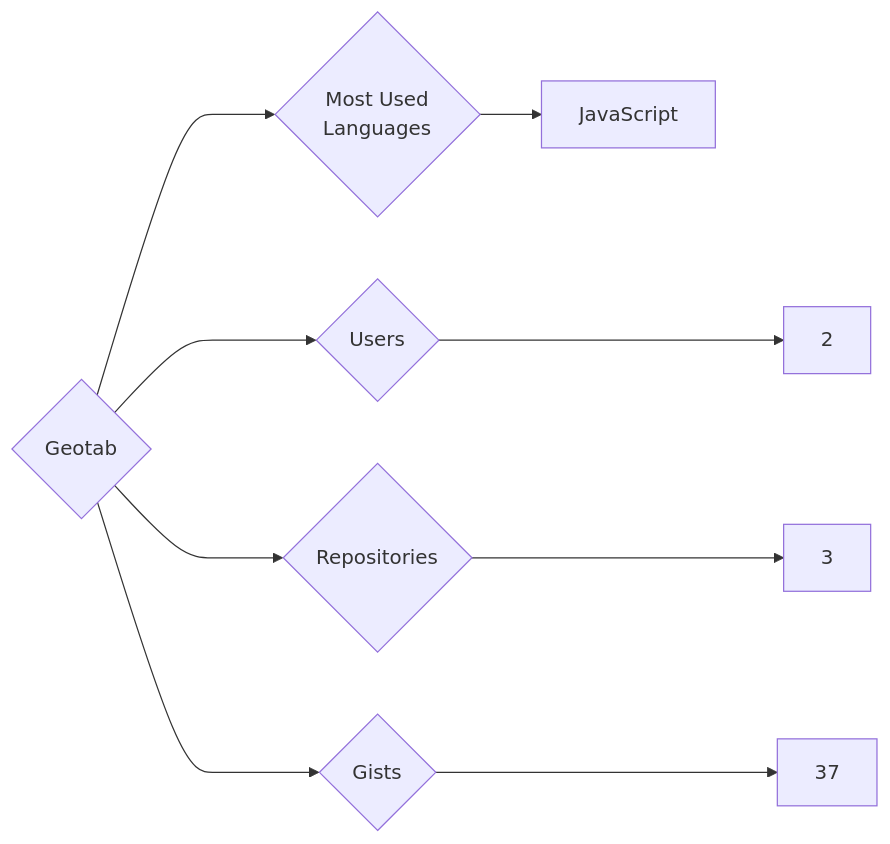
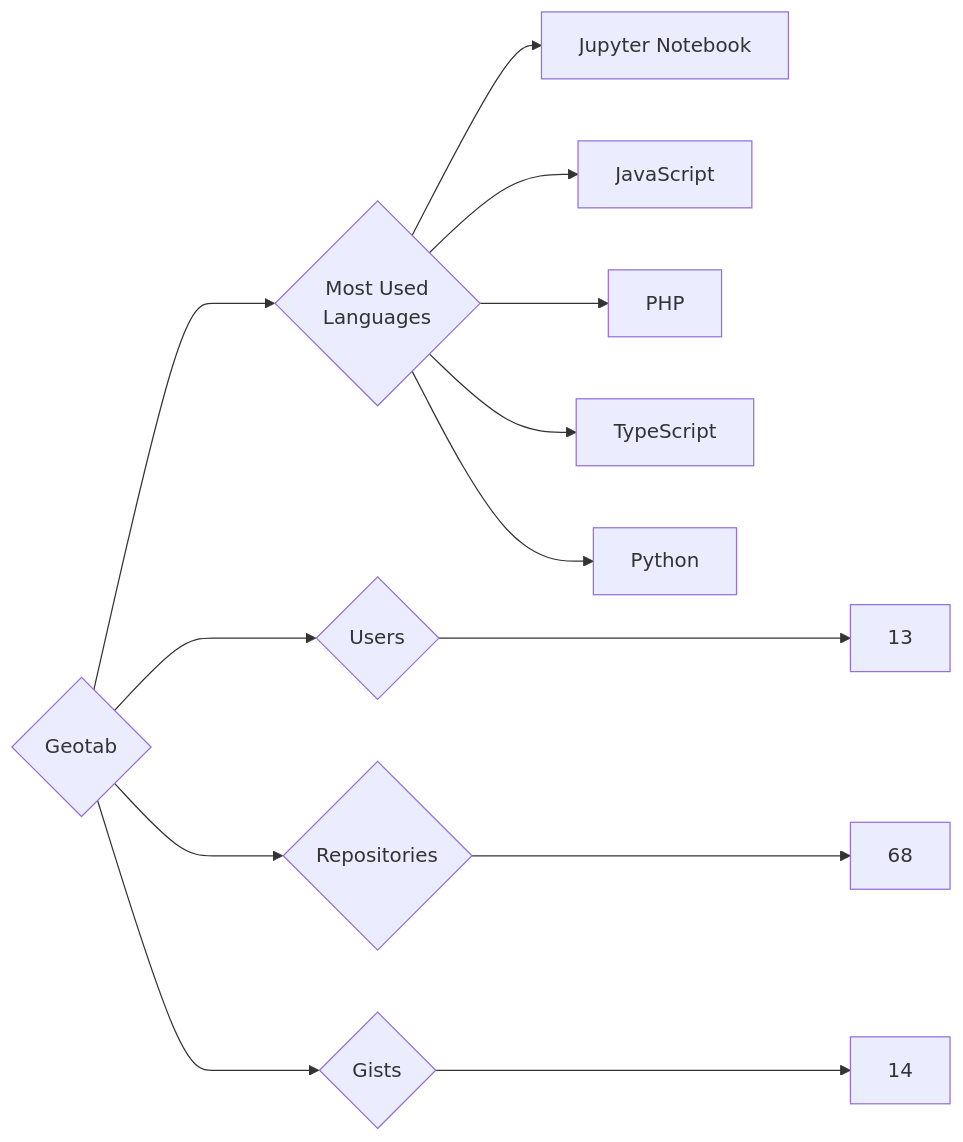
Before and after one commit to trickest/insiders: the diagram in targets/Geotab/README.md, drawn with Mermaid. The commit also changed 809 other files, not shown here.

````diff
--- a/targets/Geotab/README.md
+++ b/targets/Geotab/README.md
@@ -3,9 +3,13 @@
 ```mermaid
 graph LR
 COMPANY_NAME{Geotab}
-COMPANY_NAME ---> U{Users} ---> UN[2]
-COMPANY_NAME ---> R{Repositories} ---> RN[3]
-COMPANY_NAME ---> G{Gists} ---> GN[37]
+COMPANY_NAME ---> U{Users} ---> UN[13]
+COMPANY_NAME ---> R{Repositories} ---> RN[68]
+COMPANY_NAME ---> G{Gists} ---> GN[14]
 COMPANY_NAME ---> ML{Most Used<br>Languages}
+ML --> Jupyter_Notebook[Jupyter Notebook]
 ML --> JavaScript[JavaScript]
+ML --> PHP[PHP]
+ML --> TypeScript[TypeScript]
+ML --> Python[Python]
 ```
````
